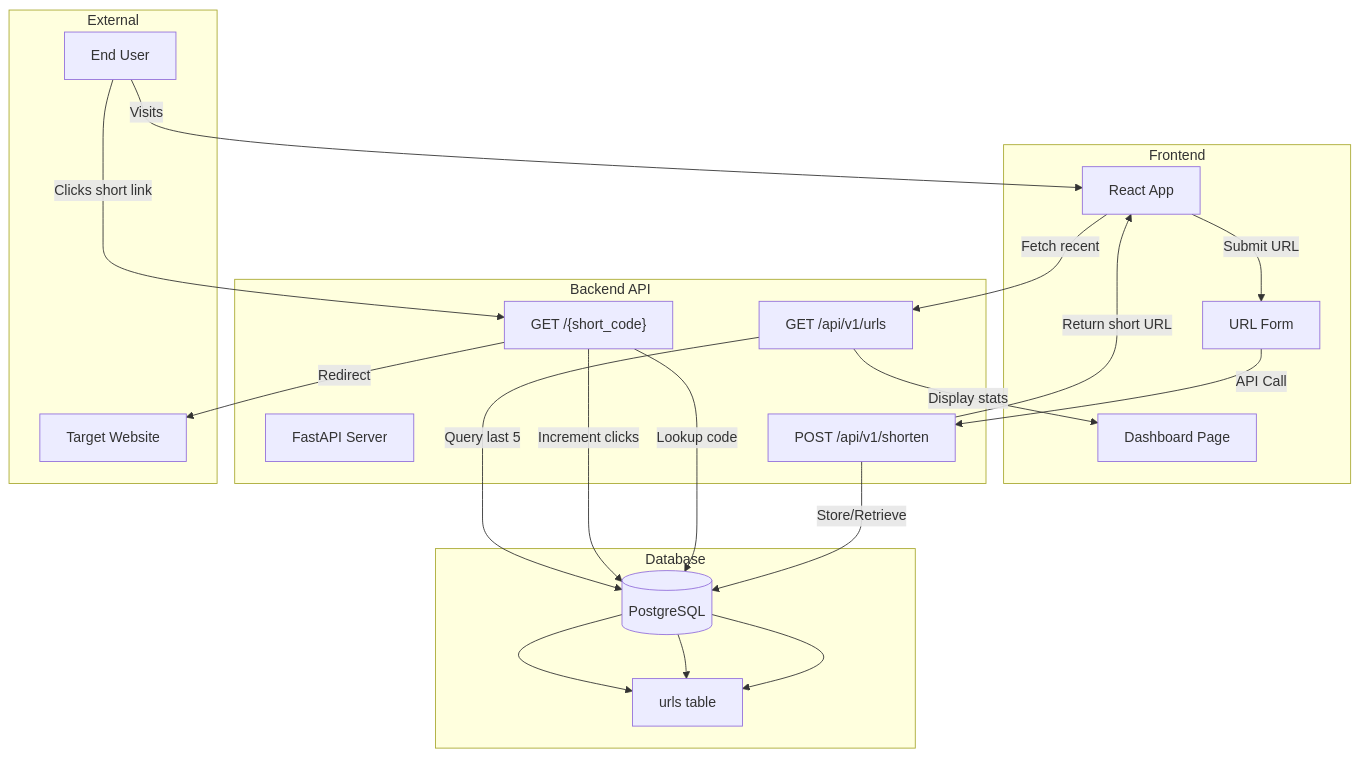
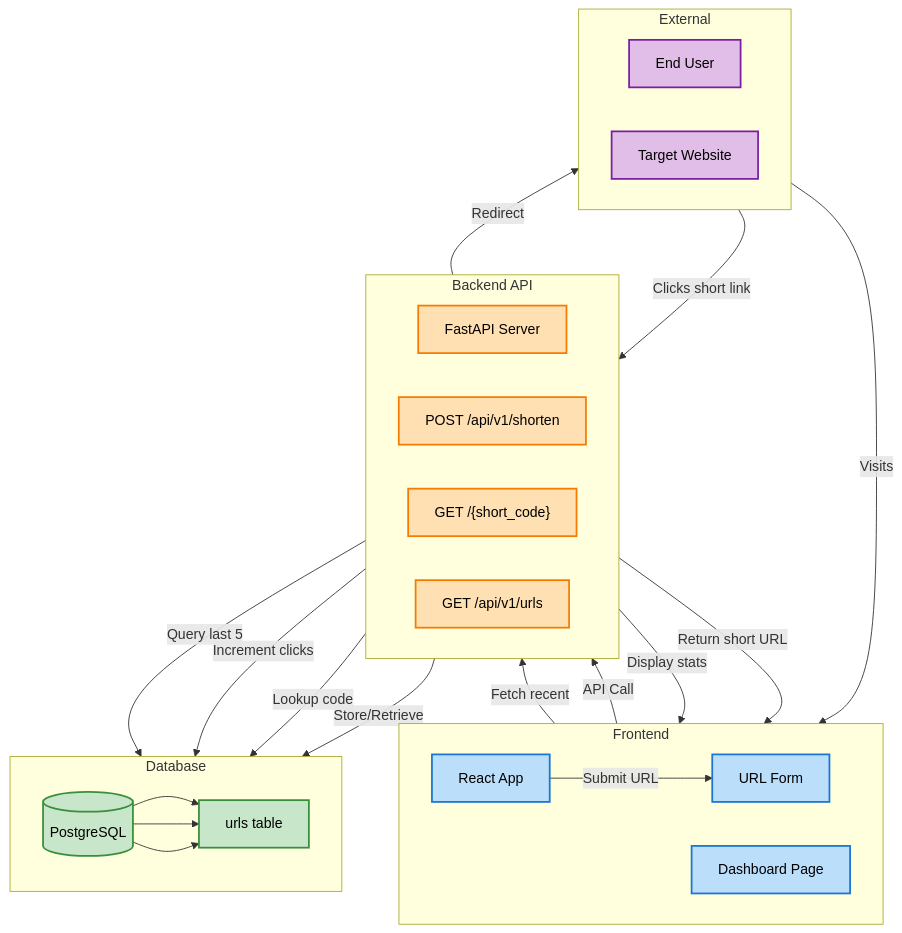
One commit to SreenathKarthick11/Url_shortner changed the first of 2 diagrams in README.md. Above: the diagram before and after it, drawn with Mermaid. The commit also changed other lines of this file, not shown here.

Commit message:
Readme : added color to architecture diagram

````diff
--- a/README.md
+++ b/README.md
@@ -35,43 +25,52 @@
 ```mermaid
 graph TB
     subgraph "Frontend"
-        A[React App]
-        B[Dashboard Page]
-        C[URL Form]
+        direction LR
+        A[React App]:::frontend
+        B[Dashboard Page]:::frontend
+        C[URL Form]:::frontend
     end
     
     subgraph "Backend API"
-        D[FastAPI Server]
-        E["POST /api/v1/shorten"]
-        F["GET /{short_code}"]
-        G["GET /api/v1/urls"]
+        direction LR
+        D[FastAPI Server]:::backend
+        E["POST /api/v1/shorten"]:::backend
+        F["GET /{short_code}"]:::backend
+        G["GET /api/v1/urls"]:::backend
     end
     
     subgraph "Database"
-        H[(PostgreSQL)]
-        I[urls table]
+        direction LR
+        H[(PostgreSQL)]:::database
+        I[urls table]:::database
     end
     
     subgraph "External"
-        J[End User]
-        K[Target Website]
+        direction LR
+        J[End User]:::external
+        K[Target Website]:::external
     end
     
     J -->|Visits| A
     A -->|Submit URL| C
     C -->|API Call| E
     E -->|Store/Retrieve| H
     H --> I
     E -->|Return short URL| A
     
     J -->|Clicks short link| F
     F -->|Lookup code| H
     H --> I
     F -->|Redirect| K
     F -->|Increment clicks| H
     
     A -->|Fetch recent| G
     G -->|Query last 5| H
     H --> I
     G -->|Display stats| B
+
+    classDef frontend fill:#bbdefb,stroke:#1976d2,stroke-width:2px,color:#000
+    classDef backend fill:#ffe0b2,stroke:#f57c00,stroke-width:2px,color:#000
+    classDef database fill:#c8e6c9,stroke:#388e3c,stroke-width:2px,color:#000
+    classDef external fill:#e1bee7,stroke:#7b1fa2,stroke-width:2px,color:#000
 ```
````
